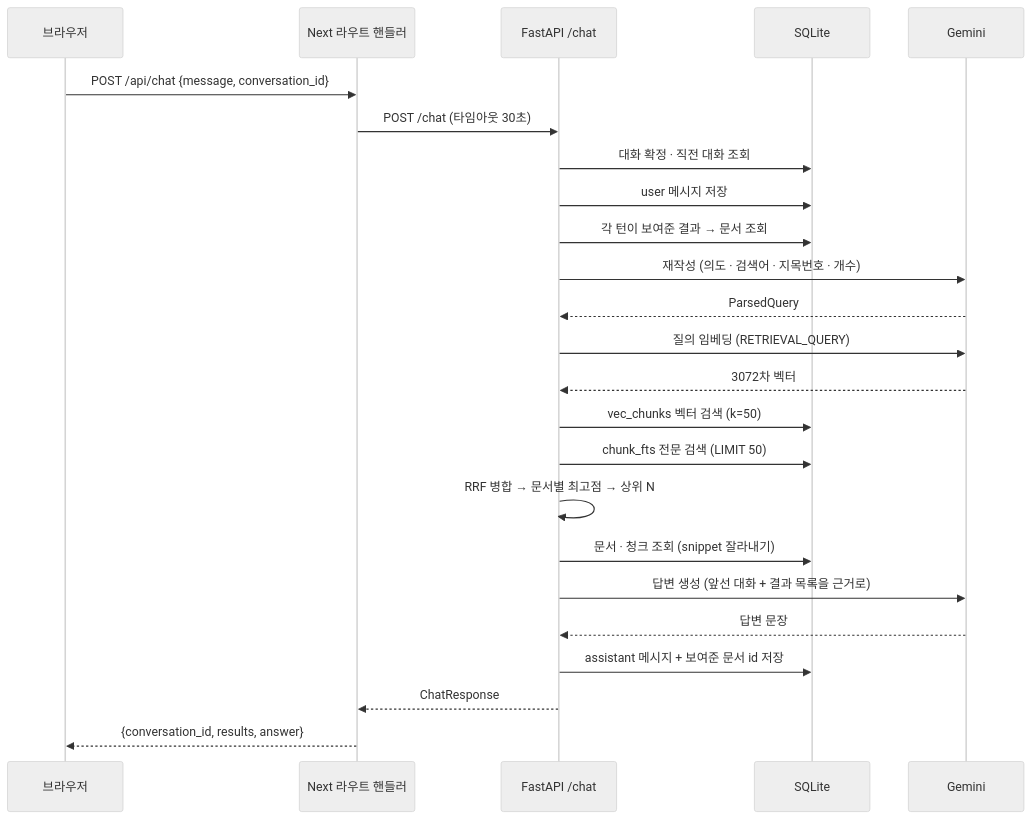
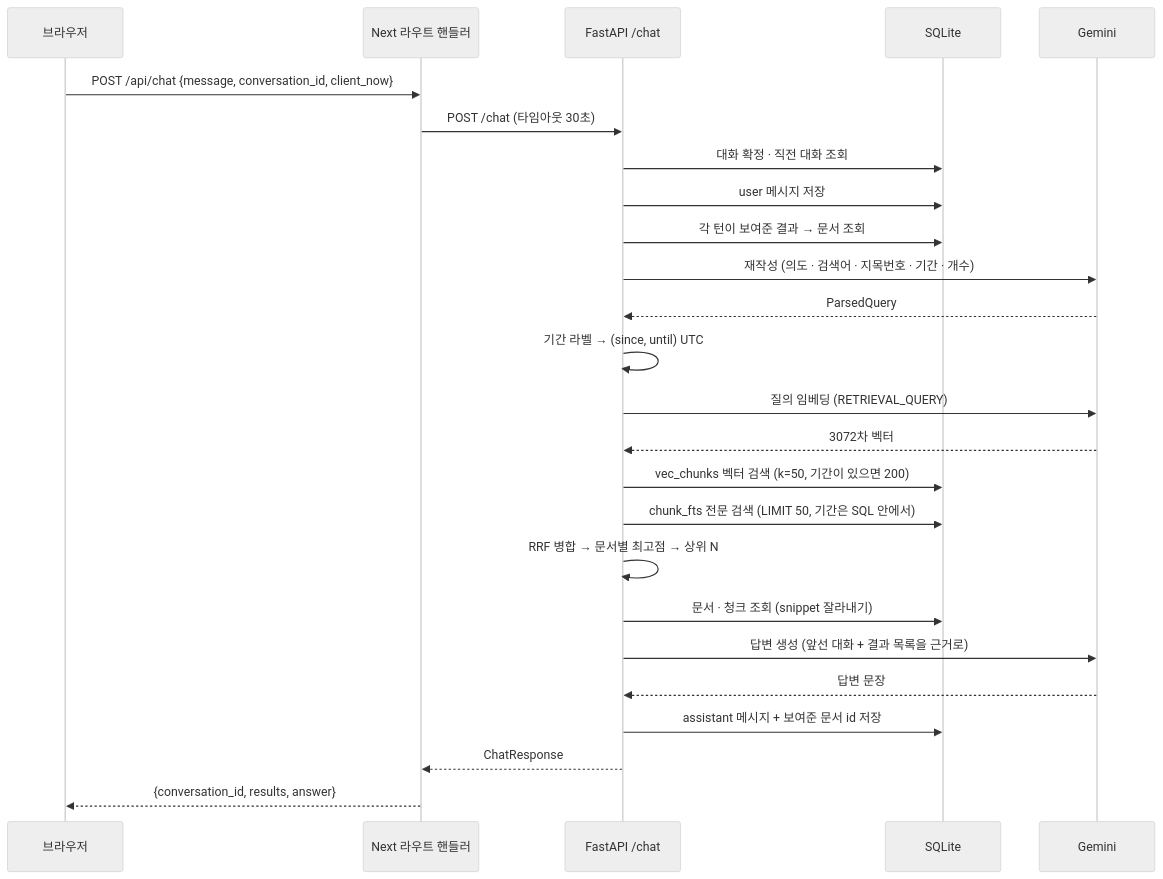
Before and after one commit to haesuo566/history_tracker: the second of 5 diagrams in docs/query-flow.md, drawn with Mermaid (neutral theme). The commit also changed other lines of this file and 3 other files, not shown here.

````diff
--- a/docs/query-flow.md
+++ b/docs/query-flow.md
@@ -52,27 +56,28 @@
 ```mermaid
 sequenceDiagram
     participant U as 브라우저
     participant N as Next 라우트 핸들러
     participant F as FastAPI /chat
     participant DB as SQLite
     participant G as Gemini
 
-    U->>N: POST /api/chat {message, conversation_id}
+    U->>N: POST /api/chat {message, conversation_id, client_now}
     N->>F: POST /chat (타임아웃 30초)
     F->>DB: 대화 확정 · 직전 대화 조회
     F->>DB: user 메시지 저장
     F->>DB: 각 턴이 보여준 결과 → 문서 조회
-    F->>G: 재작성 (의도 · 검색어 · 지목번호 · 개수)
+    F->>G: 재작성 (의도 · 검색어 · 지목번호 · 기간 · 개수)
     G-->>F: ParsedQuery
+    F->>F: 기간 라벨 → (since, until) UTC
     F->>G: 질의 임베딩 (RETRIEVAL_QUERY)
     G-->>F: 3072차 벡터
-    F->>DB: vec_chunks 벡터 검색 (k=50)
-    F->>DB: chunk_fts 전문 검색 (LIMIT 50)
+    F->>DB: vec_chunks 벡터 검색 (k=50, 기간이 있으면 200)
+    F->>DB: chunk_fts 전문 검색 (LIMIT 50, 기간은 SQL 안에서)
     F->>F: RRF 병합 → 문서별 최고점 → 상위 N
     F->>DB: 문서 · 청크 조회 (snippet 잘라내기)
     F->>G: 답변 생성 (앞선 대화 + 결과 목록을 근거로)
     G-->>F: 답변 문장
     F->>DB: assistant 메시지 + 보여준 문서 id 저장
     F-->>N: ChatResponse
     N-->>U: {conversation_id, results, answer}
 ```
````
